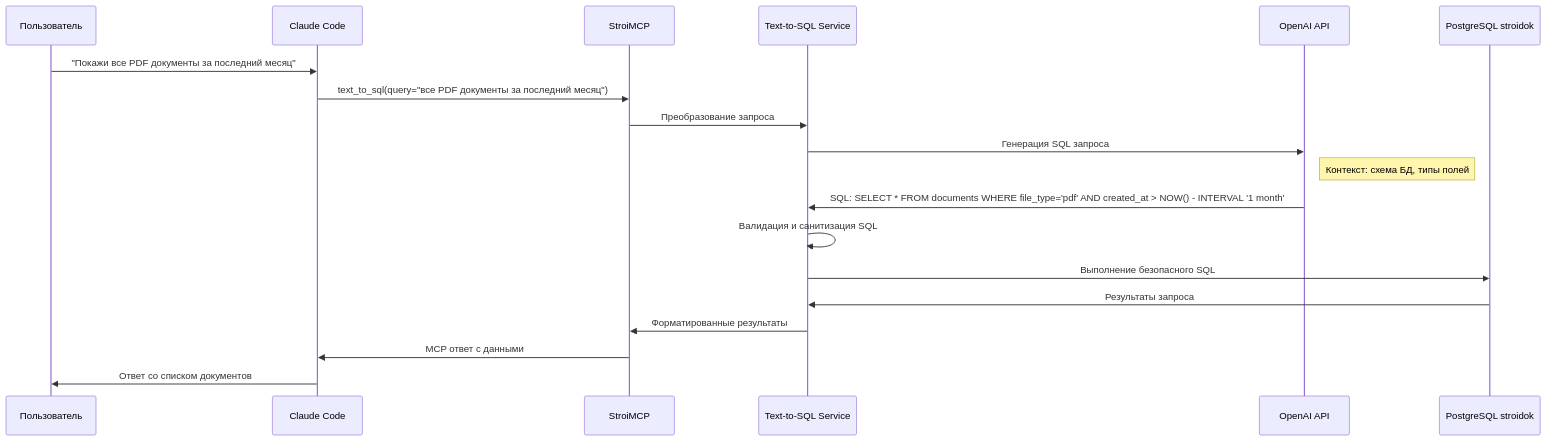
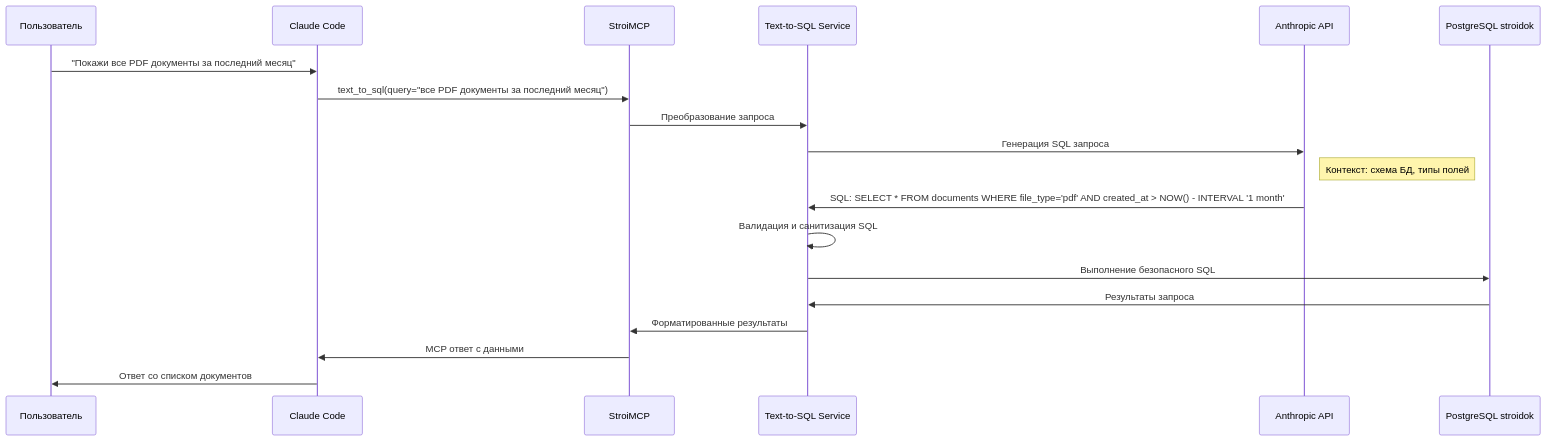
The fifth of 10 diagrams in docs/architecture/sequence-diagrams.md (dapi/stroidok), drawn with Mermaid before and after one commit. The commit also changed other lines of this file and 24 other files, not shown here.

````diff
--- a/docs/architecture/sequence-diagrams.md
+++ b/docs/architecture/sequence-diagrams.md
@@ -136,25 +142,25 @@
 ```mermaid
 sequenceDiagram
     participant User as Пользователь
     participant CC as Claude Code
     participant SM as StroiMCP
     participant NL2SQL as Text-to-SQL Service
-    participant LLM as OpenAI API
+    participant LLM as Anthropic API
     participant DB as PostgreSQL stroidok
 
     User->>CC: "Покажи все PDF документы за последний месяц"
     CC->>SM: text_to_sql(query="все PDF документы за последний месяц")
 
     SM->>NL2SQL: Преобразование запроса
     NL2SQL->>LLM: Генерация SQL запроса
     Note right of LLM: Контекст: схема БД, типы полей
     LLM->>NL2SQL: SQL: SELECT * FROM documents WHERE file_type='pdf' AND created_at > NOW() - INTERVAL '1 month'
 
     NL2SQL->>NL2SQL: Валидация и санитизация SQL
     NL2SQL->>DB: Выполнение безопасного SQL
     DB->>NL2SQL: Результаты запроса
 
     NL2SQL->>SM: Форматированные результаты
     SM->>CC: MCP ответ с данными
     CC->>User: Ответ со списком документов
 ```
````
